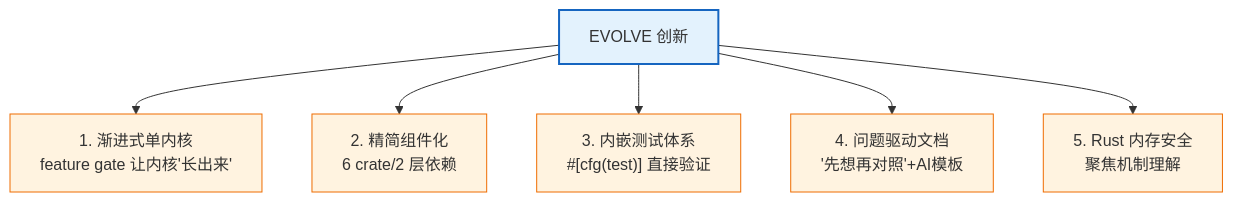
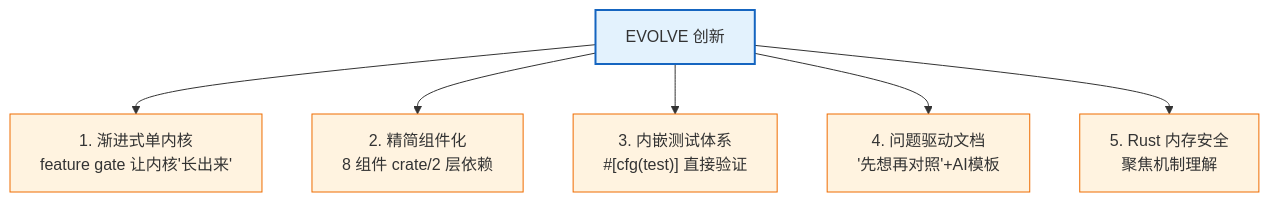
One commit to AM-SuSh/EVOLVE changed the fifth of 5 diagrams in os-lab/docs/design-report.md. Above: the diagram before and after it, drawn with Mermaid. The commit also changed other lines of this file and 23 other files, not shown here.

````diff
--- a/os-lab/docs/design-report.md
+++ b/os-lab/docs/design-report.md
@@ -184,14 +191,14 @@
 ```mermaid
 graph TD
     O["EVOLVE 创新"]
     O --> I1["1. 渐进式单内核<br/>feature gate 让内核'长出来'"]
-    O --> I2["2. 精简组件化<br/>6 crate/2 层依赖"]
+    O --> I2["2. 精简组件化<br/>8 组件 crate/2 层依赖"]
     O --> I3["3. 内嵌测试体系<br/>#[cfg(test)] 直接验证"]
     O --> I4["4. 问题驱动文档<br/>'先想再对照'+AI模板"]
     O --> I5["5. Rust 内存安全<br/>聚焦机制理解"]
 
     classDef root fill:#e3f2fd,stroke:#1565c0,stroke-width:2px;
     classDef innov fill:#fff3e0,stroke:#ef6c00;
     class O root;
     class I1,I2,I3,I4,I5 innov;
 ```
````
